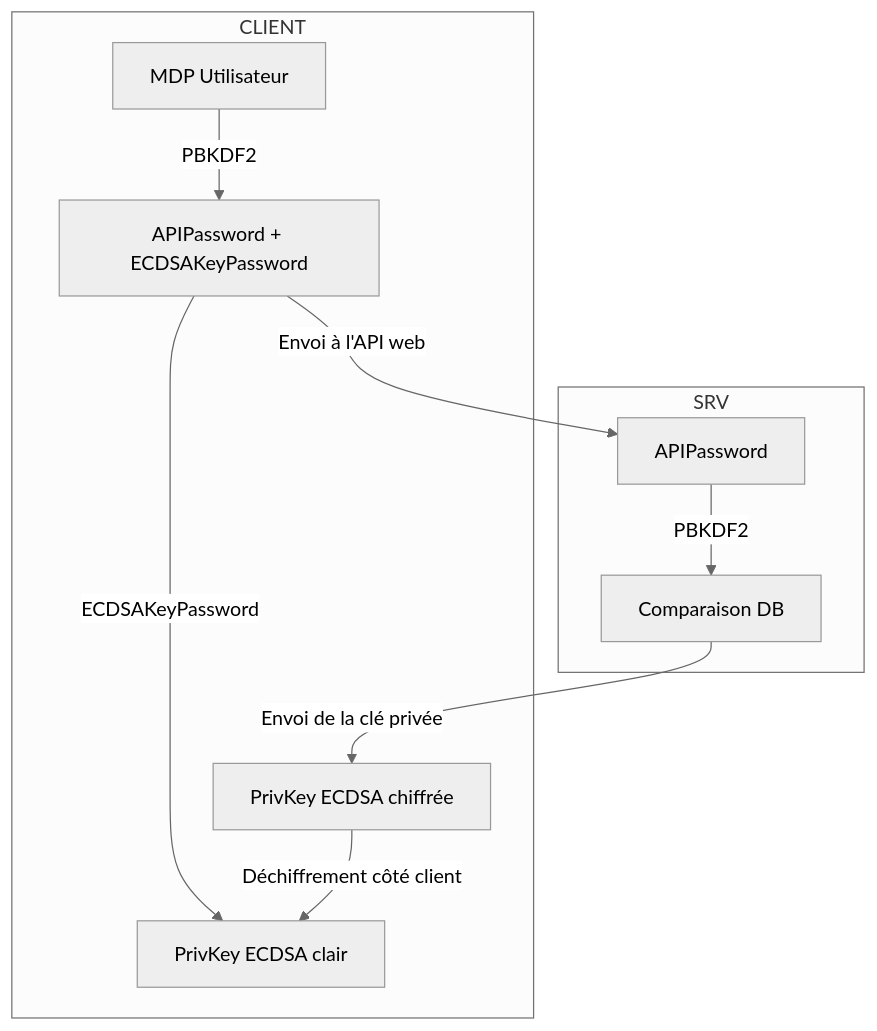
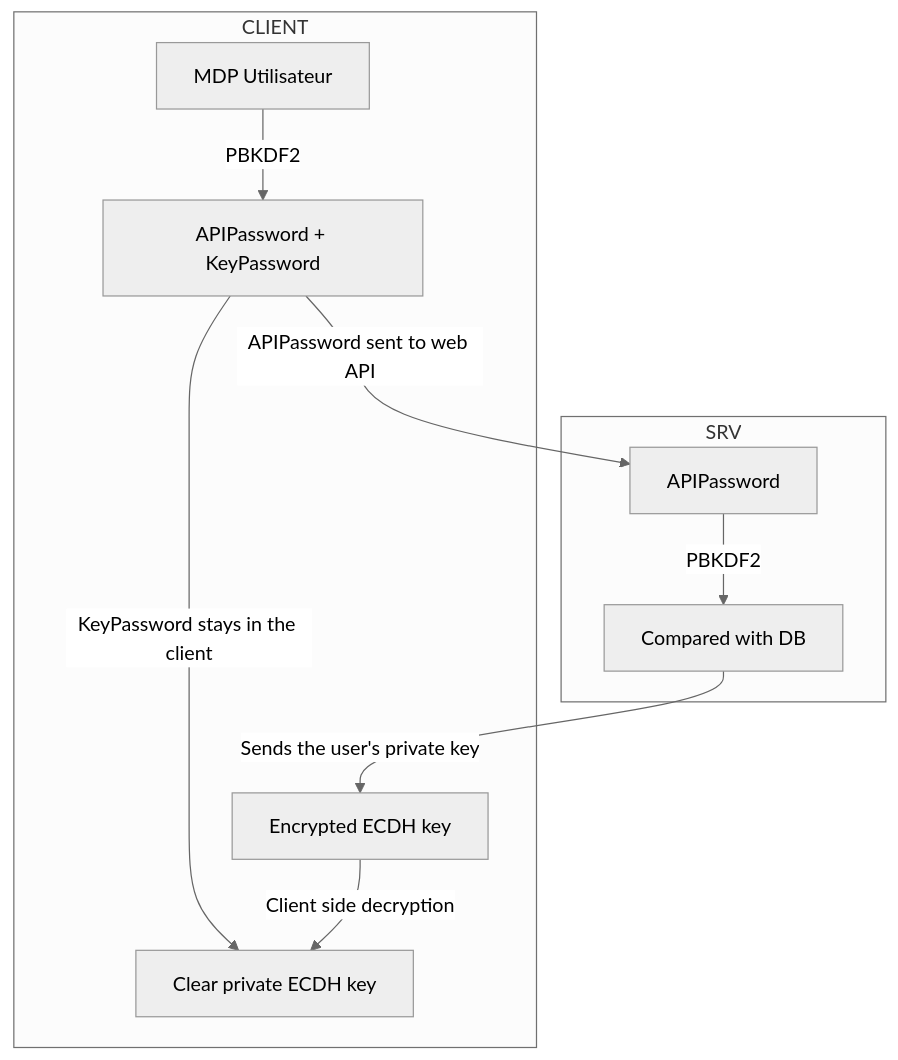
One commit to TurboThon/turbex changed the first of 3 diagrams in TAD/README.md. Above: the diagram before and after it, drawn with Mermaid (neutral theme). The commit also changed other lines of this file, not shown here.

First line of the commit message:
Doc: Correct diagrams

````diff
--- a/TAD/README.md
+++ b/TAD/README.md
@@ -8,13 +8,13 @@
 ```mermaid
 graph TD
 	subgraph CLIENT
-	A[MDP Utilisateur] -->|PBKDF2| B[APIPassword + ECDSAKeyPassword]
-	B -->|ECDSAKeyPassword| CKEY
-	F[PrivKey ECDSA chiffrée] -->|Déchiffrement côté client| CKEY[PrivKey ECDSA clair]
+	A[MDP Utilisateur] -->|PBKDF2| B[APIPassword + KeyPassword]
+	B -->|KeyPassword stays in the client| CKEY
+	F[Encrypted ECDH key] -->|Client side decryption| CKEY[Clear private ECDH key]
 	end
 	subgraph SRV
-	B -->|Envoi à l'API web| D[APIPassword]
-	D[APIPassword] -->|PBKDF2| E[Comparaison DB]
+	B -->|APIPassword sent to web API| D[APIPassword]
+	D[APIPassword] -->|PBKDF2| E[Compared with DB]
 	end
-	E -->|Envoi de la clé privée| F
+	E -->|Sends the user's private key| F
 ```
````
